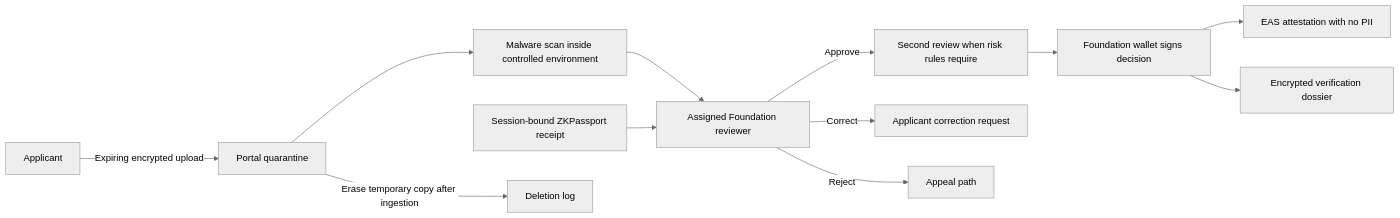
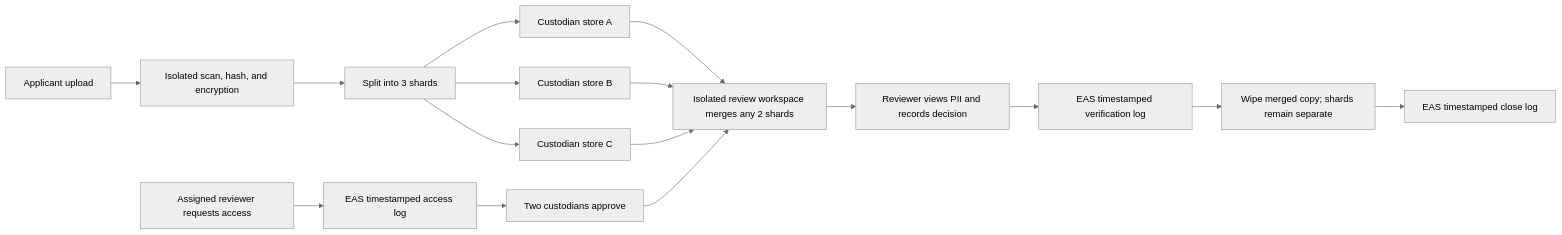
The third of 6 diagrams in README.md (AlexJupiter/tibetan-id), drawn with Mermaid (neutral theme) before and after one commit. The commit also changed other lines of this file, not shown here.

Commit message:
Clarify verifier portal and independent invite flow

````diff
--- a/README.md
+++ b/README.md
@@ -163,14 +155,18 @@
 ```mermaid
 flowchart LR
-    A[Applicant] -->|Expiring encrypted upload| B[Portal quarantine]
-    B --> C[Malware scan inside controlled environment]
-    C --> D[Assigned Foundation reviewer]
-    E[Session-bound ZKPassport receipt] --> D
-    D -->|Approve| F[Second review when risk rules require]
-    D -->|Correct| G[Applicant correction request]
-    D -->|Reject| H[Appeal path]
-    F --> I[Foundation wallet signs decision]
-    I --> J[EAS attestation with no PII]
-    I --> K[Encrypted verification dossier]
-    B -->|Erase temporary copy after ingestion| L[Deletion log]
+    A[Applicant upload] --> B[Isolated scan, hash, and encryption]
+    B --> C[Split into 3 shards]
+    C --> D[Custodian store A]
+    C --> E[Custodian store B]
+    C --> F[Custodian store C]
+    G[Assigned reviewer requests access] --> H[EAS timestamped access log]
+    H --> I[Two custodians approve]
+    D --> J[Isolated review workspace merges any 2 shards]
+    E --> J
+    F --> J
+    I --> J
+    J --> K[Reviewer views PII and records decision]
+    K --> L[EAS timestamped verification log]
+    L --> M[Wipe merged copy; shards remain separate]
+    M --> N[EAS timestamped close log]
 ```
````
